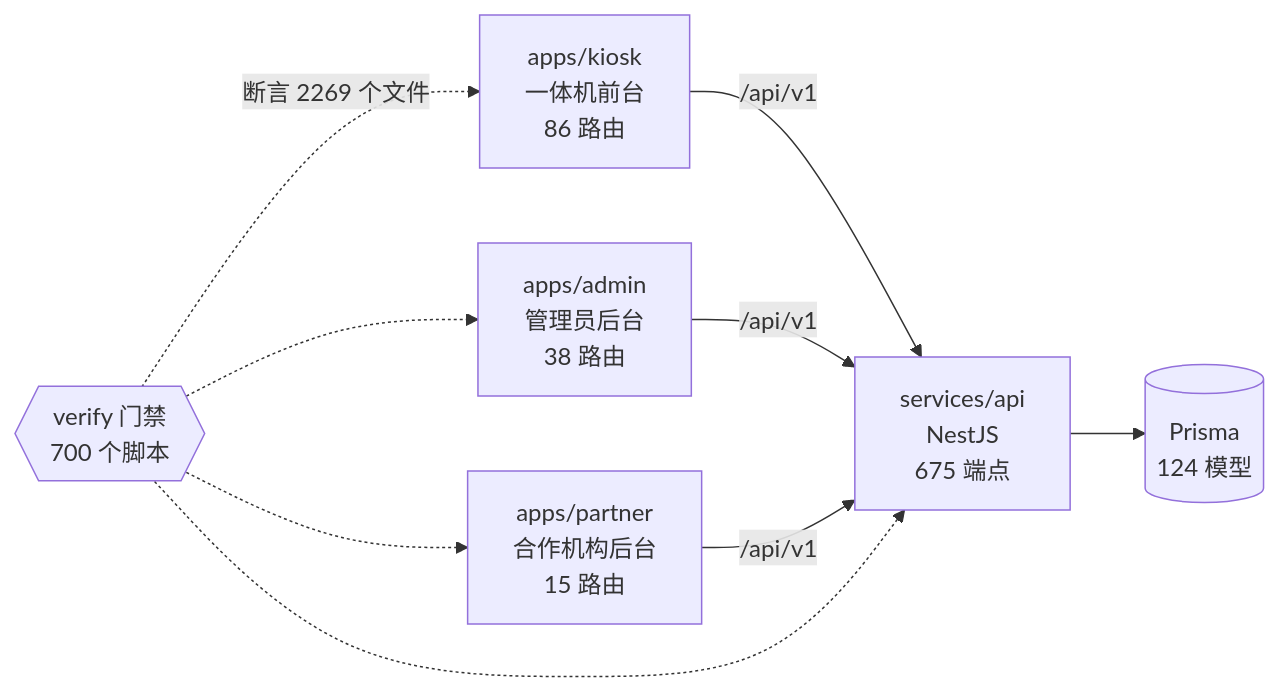
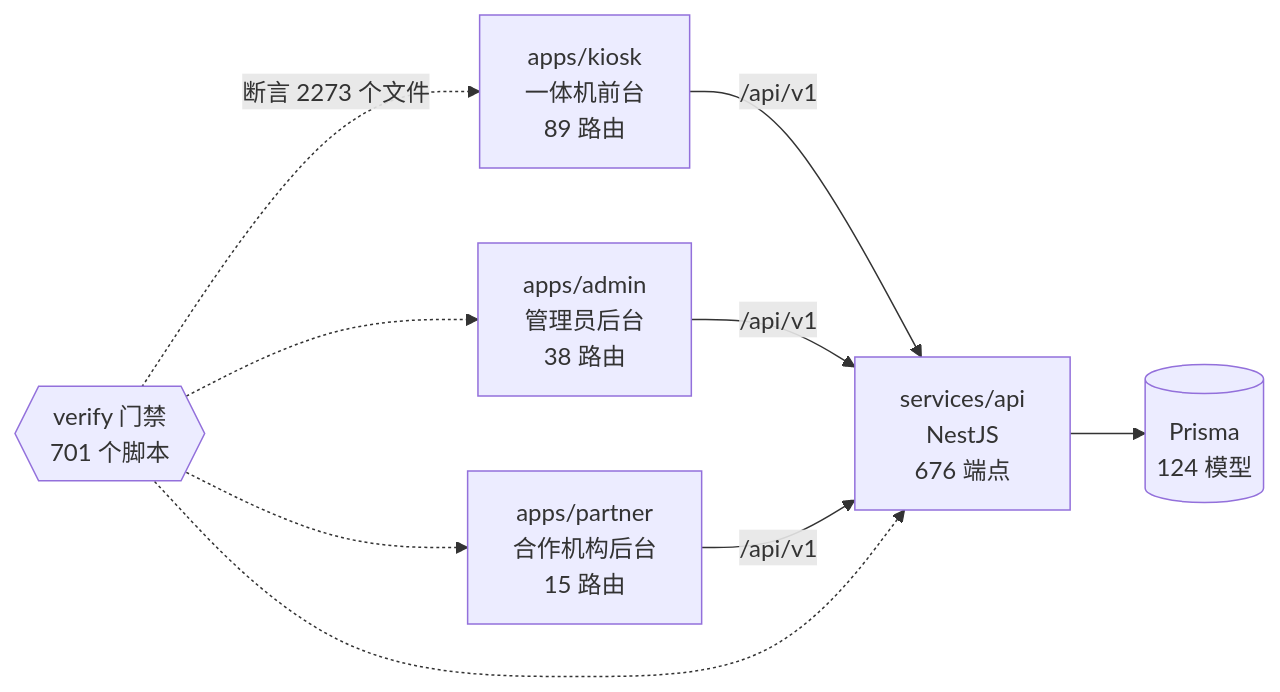
One commit to wanglei581/YITIJI changed the diagram in docs/graph/README.md. Above: the diagram before and after it, drawn with Mermaid. The commit also changed other lines of this file and 5 other files, not shown here.

Commit message:
图谱按 P2e-1 代码重生

````diff
--- a/docs/graph/README.md
+++ b/docs/graph/README.md
@@ -68,18 +68,18 @@
 ```mermaid
 flowchart LR
-  kiosk["apps/kiosk<br/>一体机前台<br/>86 路由"]
+  kiosk["apps/kiosk<br/>一体机前台<br/>89 路由"]
   admin["apps/admin<br/>管理员后台<br/>38 路由"]
   partner["apps/partner<br/>合作机构后台<br/>15 路由"]
-  api["services/api<br/>NestJS<br/>675 端点"]
+  api["services/api<br/>NestJS<br/>676 端点"]
   db[("Prisma<br/>124 模型")]
-  gates{{"verify 门禁<br/>700 个脚本"}}
+  gates{{"verify 门禁<br/>701 个脚本"}}
 
   kiosk -->|"/api/v1"| api
   admin -->|"/api/v1"| api
   partner -->|"/api/v1"| api
   api --> db
-  gates -.->|"断言 2269 个文件"| kiosk
+  gates -.->|"断言 2273 个文件"| kiosk
   gates -.-> admin
   gates -.-> partner
   gates -.-> api
 ```
````
